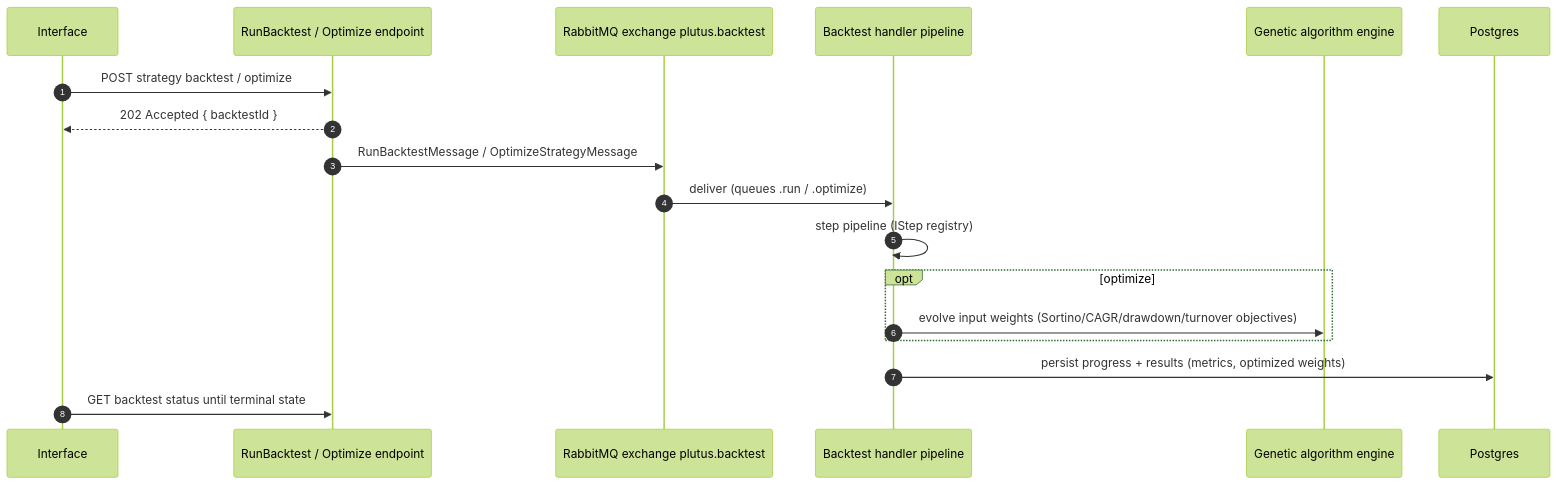
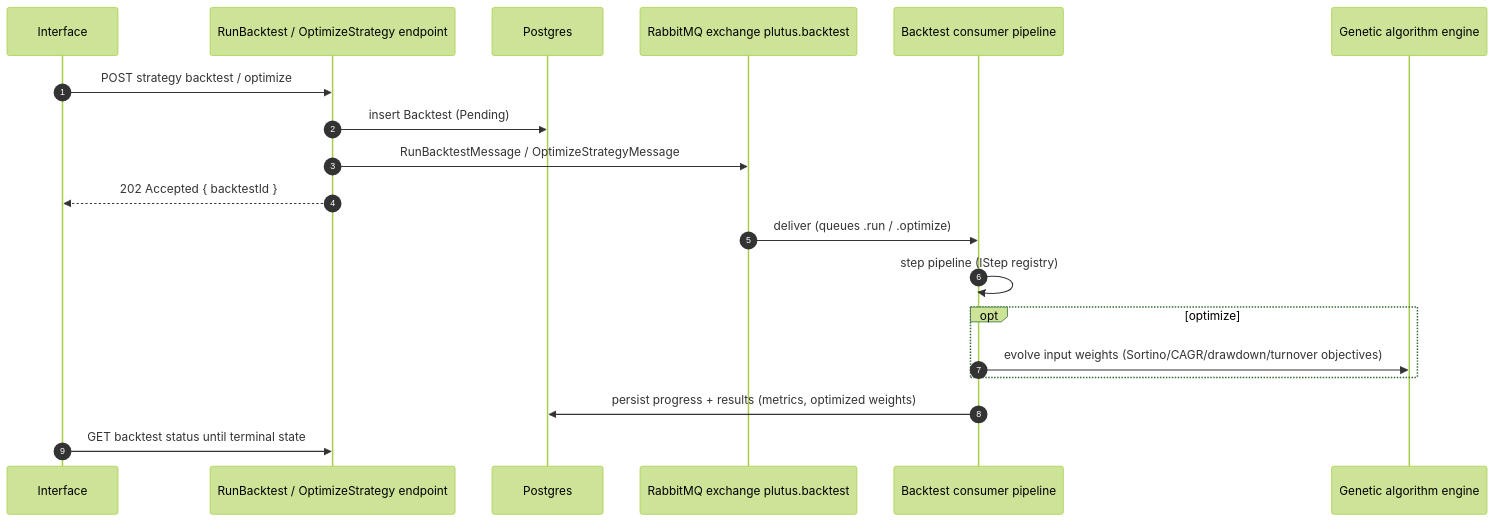
The fourth of 6 diagrams in docs/architecture/06-runtime-view.md (davwales/ouranos-pantheon), drawn with Mermaid (forest theme) before and after one commit. The commit also changed other lines of this file and 20 other files, not shown here.

````diff
--- a/docs/architecture/06-runtime-view.md
+++ b/docs/architecture/06-runtime-view.md
@@ -98,21 +107,22 @@
 ```mermaid
 sequenceDiagram
     autonumber
     participant UI as Interface
-    participant EP as RunBacktest / Optimize endpoint
+    participant EP as RunBacktest / OptimizeStrategy endpoint
+    participant DB as Postgres
     participant X as RabbitMQ exchange plutus.backtest
-    participant H as Backtest handler pipeline
+    participant C as Backtest consumer pipeline
     participant GA as Genetic algorithm engine
-    participant DB as Postgres
 
     UI ->> EP: POST strategy backtest / optimize
+    EP ->> DB: insert Backtest (Pending)
+    EP ->> X: RunBacktestMessage / OptimizeStrategyMessage
     EP -->> UI: 202 Accepted { backtestId }
-    EP ->> X: RunBacktestMessage / OptimizeStrategyMessage
-    X ->> H: deliver (queues .run / .optimize)
-    H ->> H: step pipeline (IStep registry)
+    X ->> C: deliver (queues .run / .optimize)
+    C ->> C: step pipeline (IStep registry)
     opt optimize
-        H ->> GA: evolve input weights (Sortino/CAGR/drawdown/turnover objectives)
+        C ->> GA: evolve input weights (Sortino/CAGR/drawdown/turnover objectives)
     end
-    H ->> DB: persist progress + results (metrics, optimized weights)
+    C ->> DB: persist progress + results (metrics, optimized weights)
     UI ->> EP: GET backtest status until terminal state
 ```
````
